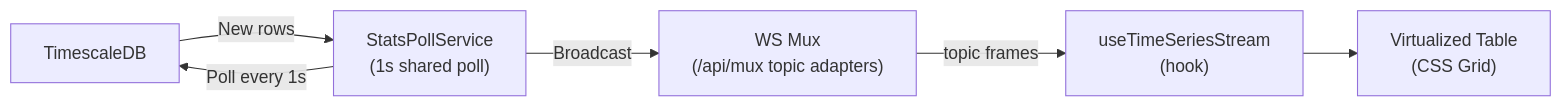
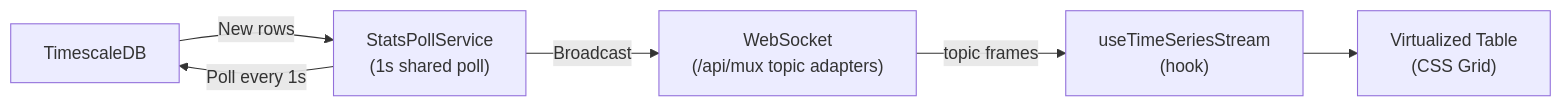
Before and after one commit to jaredglaser/homelab-manager: the third of 5 diagrams in docs/architecture.md, drawn with Mermaid. The commit also changed other lines of this file and 21 other files, not shown here.

First line of the commit message:
docs(mux): say the WebSocket instead of reifying "the mux" in prose

````diff
--- a/docs/architecture.md
+++ b/docs/architecture.md
@@ -80,11 +80,11 @@
 ```mermaid
 flowchart LR
     DB["TimescaleDB"]
     PollSvc["StatsPollService<br/>(1s shared poll)"]
-    Mux["WS Mux<br/>(/api/mux topic adapters)"]
+    Mux["WebSocket<br/>(/api/mux topic adapters)"]
     Hook["useTimeSeriesStream<br/>(hook)"]
     Table["Virtualized Table<br/>(CSS Grid)"]
 
     PollSvc -->|"Poll every 1s"| DB
     DB -->|"New rows"| PollSvc -->|"Broadcast"| Mux -->|"topic frames"| Hook --> Table
 ```
````
